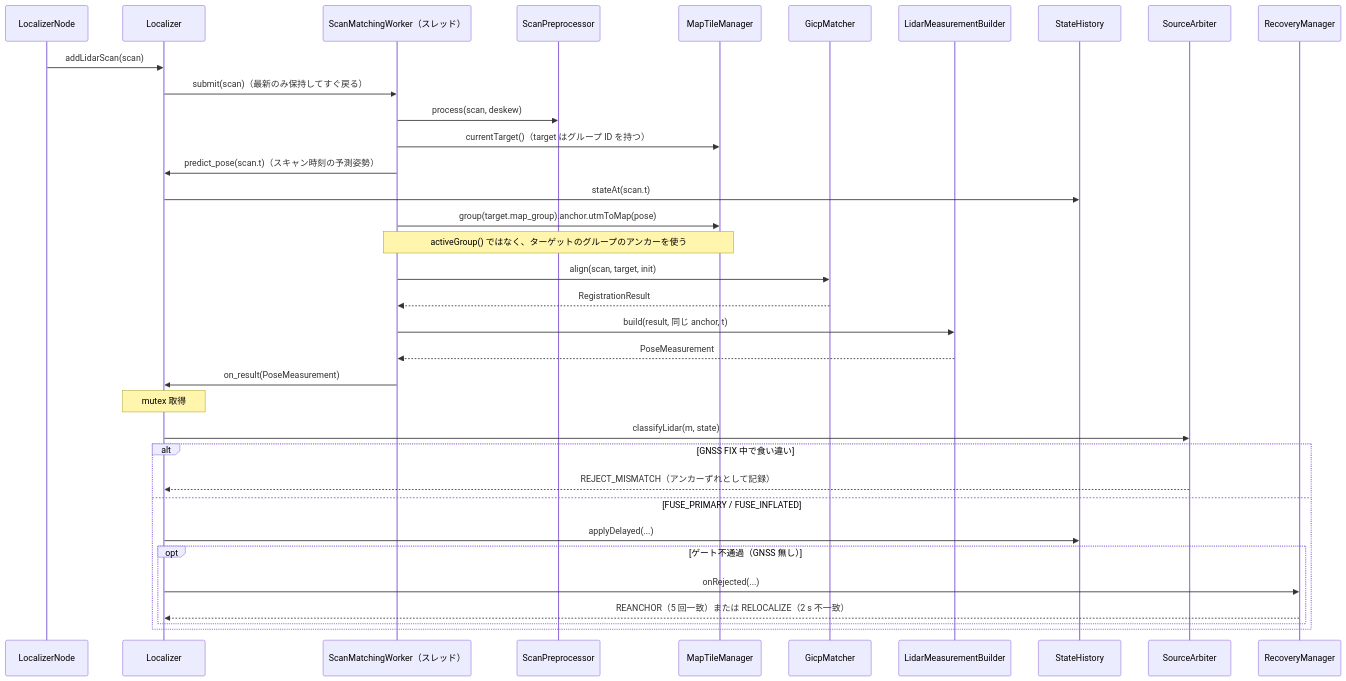
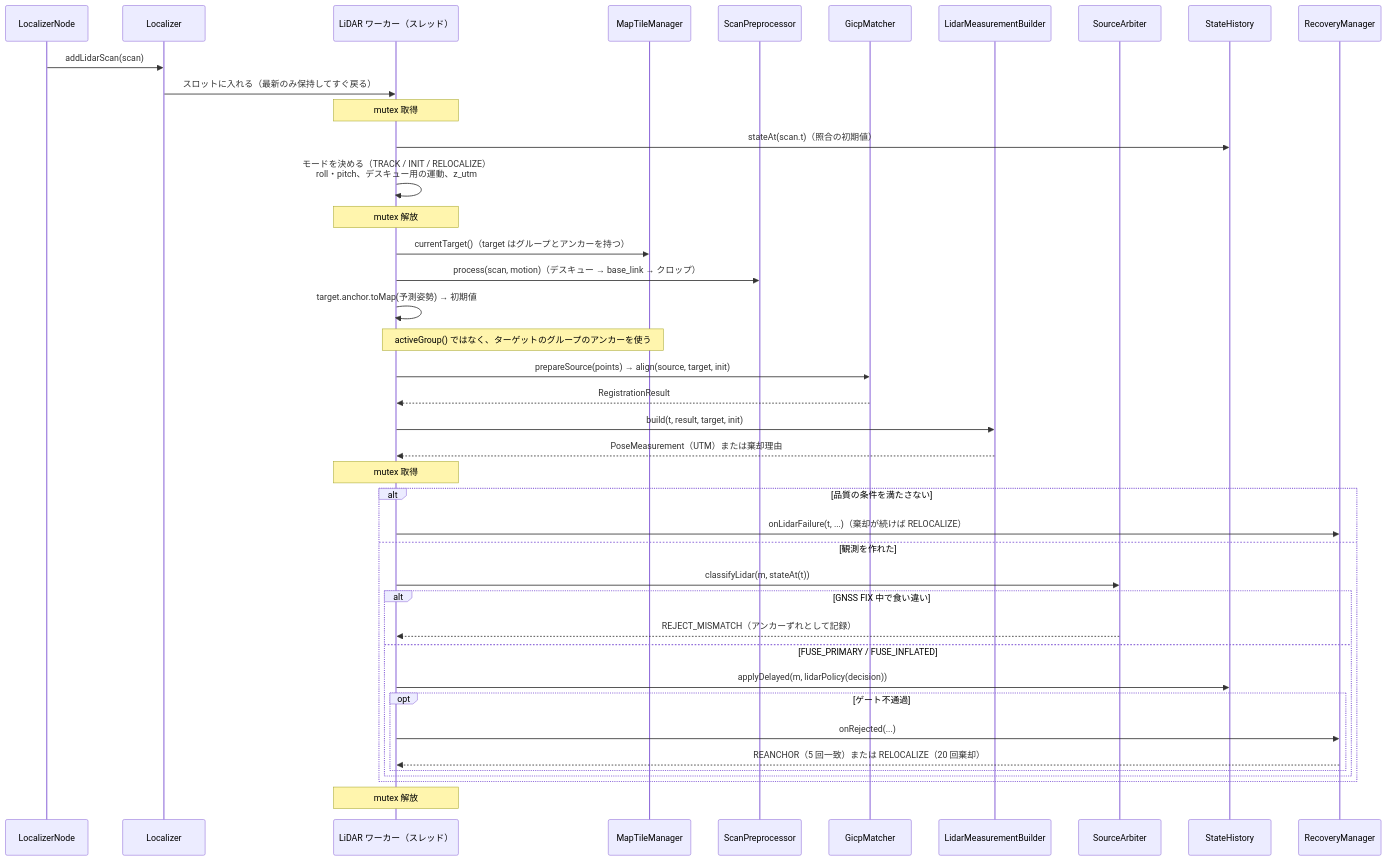
One commit to mamoru1126/gnss_and_lidar_localization changed diagram 13 of 15 in docs/architecture.md. Above: the diagram before and after it, drawn with Mermaid. The commit also changed other lines of this file and 12 other files, not shown here.

First line of the commit message:
feat: 地図上での初期化にタイムアウトを追加し、Phase 2 に合わせて文書を更新

````diff
--- a/docs/architecture.md
+++ b/docs/architecture.md
@@ -932,38 +1141,44 @@
 ```mermaid
 sequenceDiagram
   participant N as LocalizerNode
   participant L as Localizer
-  participant W as ScanMatchingWorker（スレッド）
+  participant W as LiDAR ワーカー（スレッド）
+  participant MT as MapTileManager
   participant P as ScanPreprocessor
-  participant MT as MapTileManager
   participant G as GicpMatcher
   participant LB as LidarMeasurementBuilder
+  participant AR as SourceArbiter
   participant H as StateHistory
-  participant AR as SourceArbiter
   participant RC as RecoveryManager
 
   N->>L: addLidarScan(scan)
-  L->>W: submit(scan)（最新のみ保持してすぐ戻る）
-  W->>P: process(scan, deskew)
-  W->>MT: currentTarget()（target はグループ ID を持つ）
-  W->>L: predict_pose(scan.t)（スキャン時刻の予測姿勢）
-  L->>H: stateAt(scan.t)
-  W->>MT: group(target.map_group).anchor.utmToMap(pose)
+  L->>W: スロットに入れる（最新のみ保持してすぐ戻る）
+  Note over W: mutex 取得
+  W->>H: stateAt(scan.t)（照合の初期値）
+  W->>W: モードを決める（TRACK / INIT / RELOCALIZE）<br/>roll・pitch、デスキュー用の運動、z_utm
+  Note over W: mutex 解放
+  W->>MT: currentTarget()（target はグループとアンカーを持つ）
+  W->>P: process(scan, motion)（デスキュー → base_link → クロップ）
+  W->>W: target.anchor.toMap(予測姿勢) → 初期値
   Note over W,MT: activeGroup() ではなく、ターゲットのグループのアンカーを使う
-  W->>G: align(scan, target, init)
+  W->>G: prepareSource(points) → align(source, target, init)
   G-->>W: RegistrationResult
-  W->>LB: build(result, 同じ anchor, t)
-  LB-->>W: PoseMeasurement
-  W->>L: on_result(PoseMeasurement)
-  Note over L: mutex 取得
-  L->>AR: classifyLidar(m, state)
-  alt GNSS FIX 中で食い違い
-    AR-->>L: REJECT_MISMATCH（アンカーずれとして記録）
-  else FUSE_PRIMARY / FUSE_INFLATED
-    L->>H: applyDelayed(...)
-    opt ゲート不通過（GNSS 無し）
-      L->>RC: onRejected(...)
-      RC-->>L: REANCHOR（5 回一致）または RELOCALIZE（2 s 不一致）
+  W->>LB: build(t, result, target, init)
+  LB-->>W: PoseMeasurement（UTM）または棄却理由
+  Note over W: mutex 取得
+  alt 品質の条件を満たさない
+    W->>RC: onLidarFailure(t, ...)（棄却が続けば RELOCALIZE）
+  else 観測を作れた
+    W->>AR: classifyLidar(m, stateAt(t))
+    alt GNSS FIX 中で食い違い
+      AR-->>W: REJECT_MISMATCH（アンカーずれとして記録）
+    else FUSE_PRIMARY / FUSE_INFLATED
+      W->>H: applyDelayed(m, lidarPolicy(decision))
+      opt ゲート不通過
+        W->>RC: onRejected(...)
+        RC-->>W: REANCHOR（5 回一致）または RELOCALIZE（20 回棄却）
+      end
     end
   end
+  Note over W: mutex 解放
 ```
````
